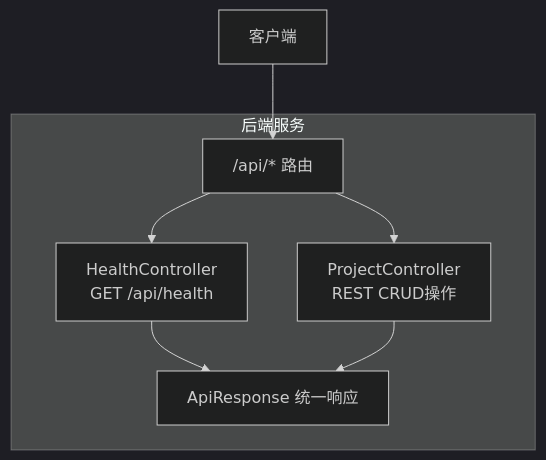
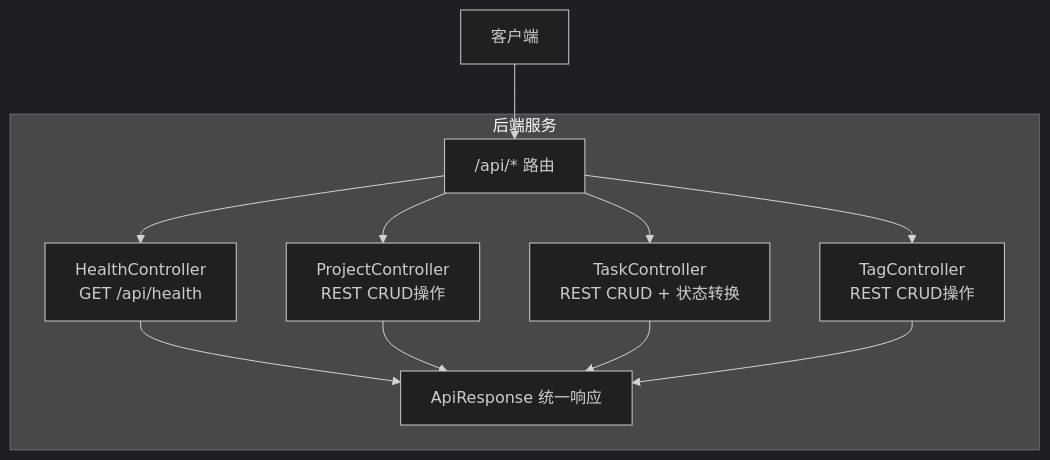
One commit to zhou9832/test1-qoder changed the first of 8 diagrams in .qoder/repowiki/zh/content/API接口文档.md. Above: the diagram before and after it, drawn with Mermaid (dark theme). The commit also changed other lines of this file and 92 other files, not shown here.

````diff
--- a/.qoder/repowiki/zh/content/API接口文档.md
+++ b/.qoder/repowiki/zh/content/API接口文档.md
@@ -48,14 +59,20 @@
 ```mermaid
 graph TB
 Client["客户端"] --> API["/api/* 路由"]
 API --> HC["HealthController<br/>GET /api/health"]
 API --> PC["ProjectController<br/>REST CRUD操作"]
+API --> TC["TaskController<br/>REST CRUD + 状态转换"]
+API --> TGC["TagController<br/>REST CRUD操作"]
 HC --> Resp["ApiResponse<T> 统一响应"]
 PC --> Resp
+TC --> Resp
+TGC --> Resp
 subgraph "后端服务"
 API
 HC
 PC
+TC
+TGC
 Resp
 end
 ```
````
